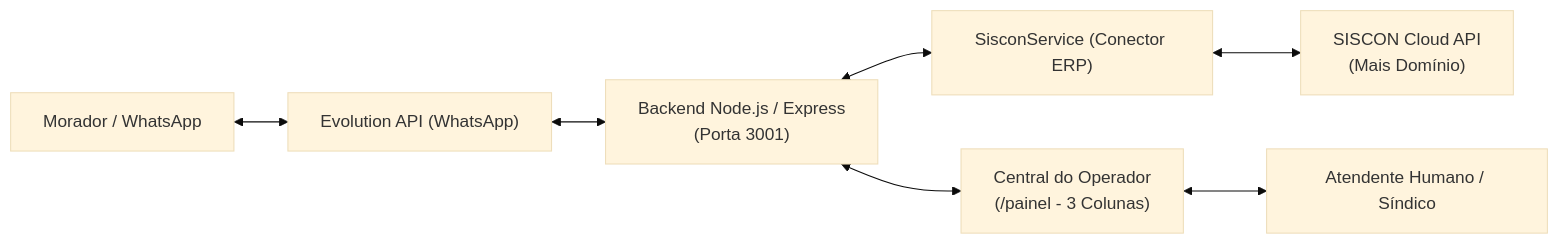
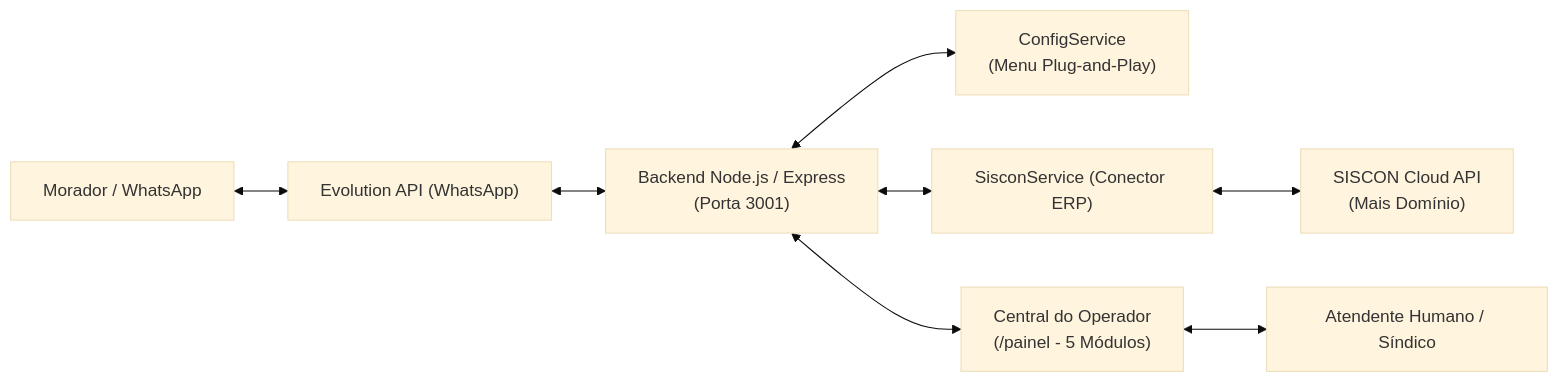
Before and after one commit to desenvoltoo/chatbot-condominio: the diagram in docs/INTEGRACAO_SISCON.md, drawn with Mermaid (base theme). The commit also changed other lines of this file and 6 other files, not shown here.

Commit message:
feat: Menu de Configuracoes Plug-and-Play SISCON, Modulo de Acordos/Parcelamento, Cobranca, Reservas e Medicao

````diff
--- a/docs/INTEGRACAO_SISCON.md
+++ b/docs/INTEGRACAO_SISCON.md
@@ -11,9 +11,10 @@
 ```mermaid
 flowchart LR
     Morador["Morador / WhatsApp"] <--> Evolution["Evolution API (WhatsApp)"]
     Evolution <--> Backend["Backend Node.js / Express\n(Porta 3001)"]
+    Backend <--> ConfigService["ConfigService\n(Menu Plug-and-Play)"]
     Backend <--> SisconService["SisconService (Conector ERP)"]
     SisconService <--> SisconAPI["SISCON Cloud API\n(Mais Domínio)"]
-    Backend <--> Painel["Central do Operador\n(/painel - 3 Colunas)"]
+    Backend <--> Painel["Central do Operador\n(/painel - 5 Módulos)"]
     Painel <--> Operador["Atendente Humano / Síndico"]
 ```
````
